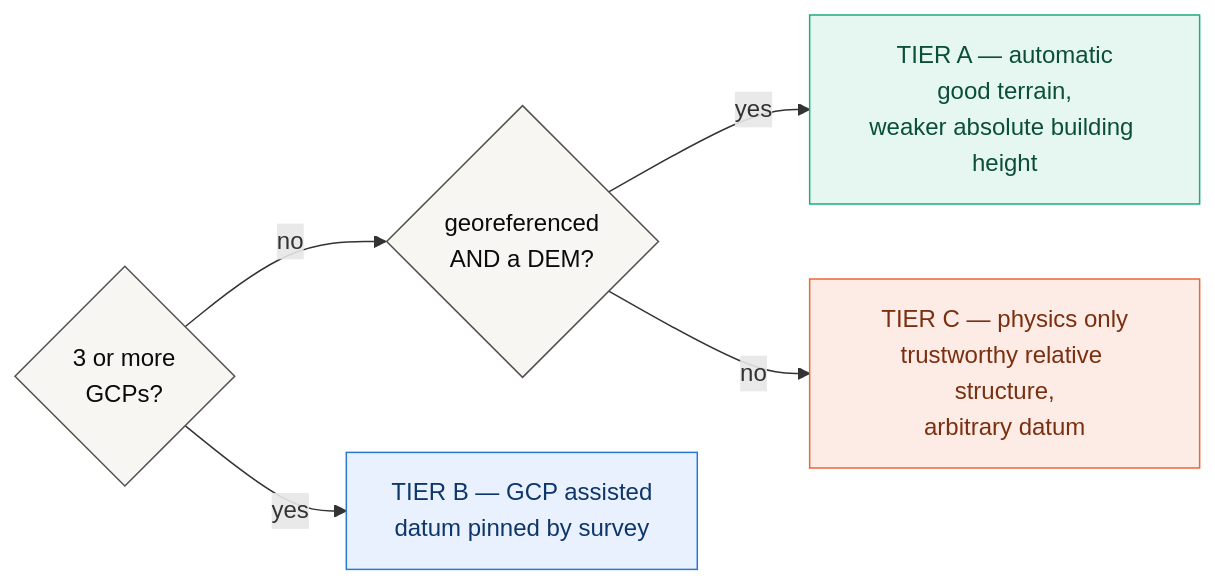
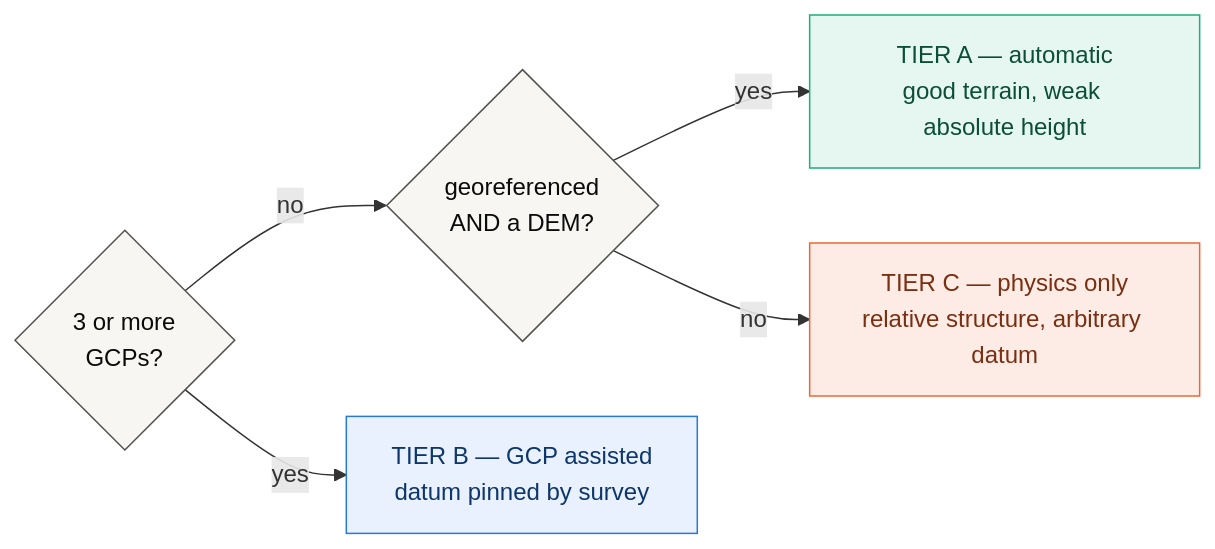
One commit to Sisigoks/AYAMA changed the second of 3 diagrams in README.md. Above: the diagram before and after it, drawn with Mermaid. The commit also changed other lines of this file and 55 other files, not shown here.

````diff
--- a/README.md
+++ b/README.md
@@ -191,18 +169,18 @@
 ```mermaid
 flowchart LR
     classDef q fill:#f7f6f3,stroke:#52514e,color:#0b0b0b
     classDef a fill:#e6f7f1,stroke:#1baf7a,color:#0b4f38
     classDef b fill:#e8f1fd,stroke:#2a78d6,color:#0d366b
     classDef c fill:#fdece6,stroke:#eb6834,color:#7a2f10
 
     Q1{"3 or more<br/>GCPs?"}:::q
     Q2{"georeferenced<br/>AND a DEM?"}:::q
-    TA["TIER A — automatic<br/>good terrain,<br/>weaker absolute building height"]:::a
+    TA["TIER A — automatic<br/>good terrain, weak absolute height"]:::a
     TB["TIER B — GCP assisted<br/>datum pinned by survey"]:::b
-    TC["TIER C — physics only<br/>trustworthy relative structure,<br/>arbitrary datum"]:::c
+    TC["TIER C — physics only<br/>relative structure, arbitrary datum"]:::c
 
     Q1 -->|yes| TB
     Q1 -->|no| Q2
     Q2 -->|yes| TA
     Q2 -->|no| TC
 ```
````
